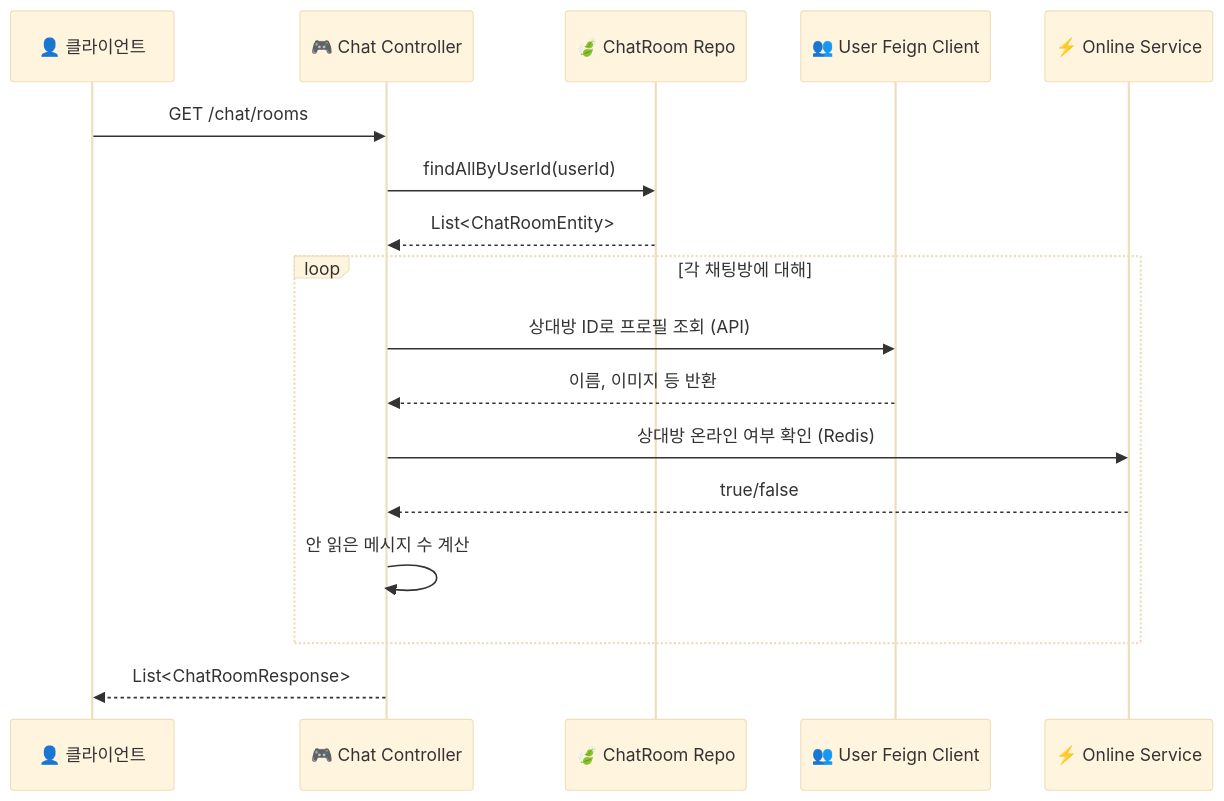
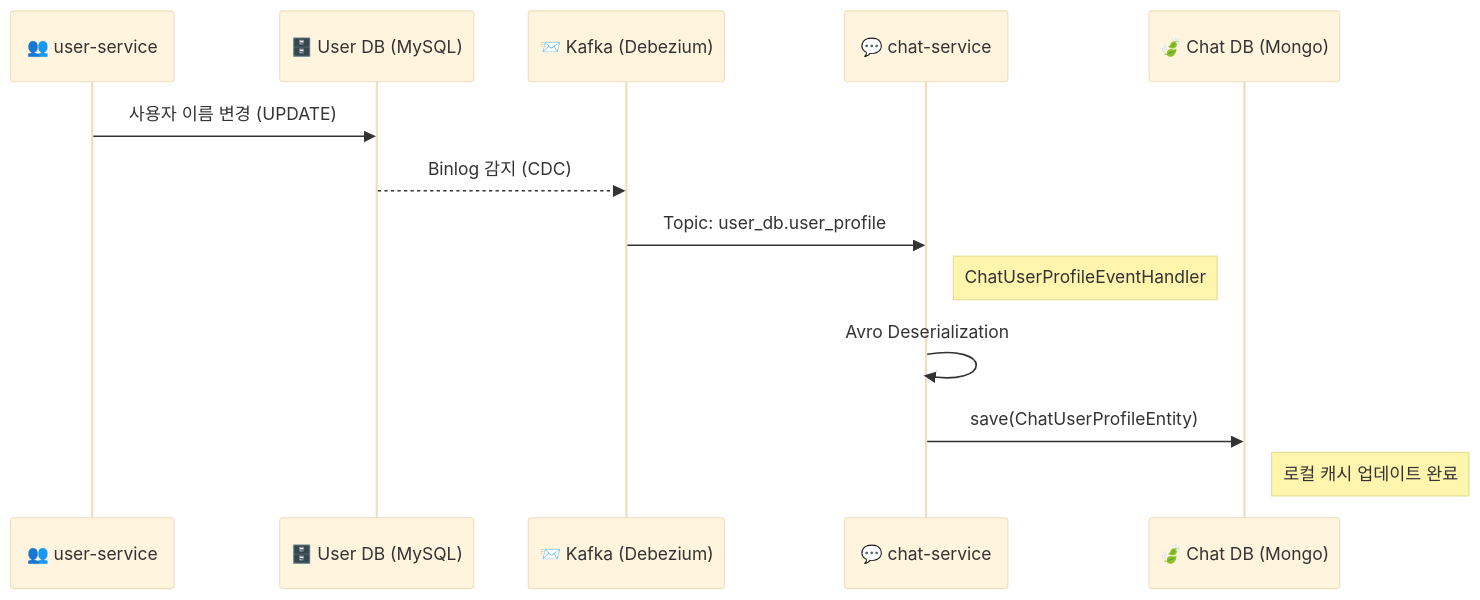
One commit to HeoJunHyoung/linkfolio-backend changed the third of 3 diagrams in docs/developer guide/CHAT_SERVICE.md. Above: the diagram before and after it, drawn with Mermaid (base theme). The commit also changed other lines of this file and 4 other files, not shown here.

````diff
--- a/docs/developer guide/CHAT_SERVICE.md
+++ b/docs/developer guide/CHAT_SERVICE.md
@@ -137,24 +163,17 @@
 ```mermaid
 sequenceDiagram
-    participant Client as 👤 클라이언트
-    participant ChatController as 🎮 Chat Controller
-    participant MongoRepo as 🍃 ChatRoom Repo
-    participant UserClient as 👥 User Feign Client
-    participant OnlineService as ⚡ Online Service
+    participant UserService as 👥 user-service
+    participant UserDB as 🗄️ User DB (MySQL)
+    participant Kafka as 📨 Kafka (Debezium)
+    participant ChatService as 💬 chat-service
+    participant ChatMongo as 🍃 Chat DB (Mongo)
+
+    UserService->>UserDB: 사용자 이름 변경 (UPDATE)
+    UserDB-->>Kafka: Binlog 감지 (CDC)
+    Kafka->>ChatService: Topic: user_db.user_profile
     
-    Client->>ChatController: GET /chat/rooms
-    ChatController->>MongoRepo: findAllByUserId(userId)
-    MongoRepo-->>ChatController: List<ChatRoomEntity>
-    
-    loop 각 채팅방에 대해
-        ChatController->>UserClient: 상대방 ID로 프로필 조회 (API)
-        UserClient-->>ChatController: 이름, 이미지 등 반환
-        
-        ChatController->>OnlineService: 상대방 온라인 여부 확인 (Redis)
-        OnlineService-->>ChatController: true/false
-        
-        ChatController->>ChatController: 안 읽은 메시지 수 계산
-    end
-    
-    ChatController-->>Client: List<ChatRoomResponse>
+    Note right of ChatService: ChatUserProfileEventHandler
+    ChatService->>ChatService: Avro Deserialization
+    ChatService->>ChatMongo: save(ChatUserProfileEntity)
+    Note right of ChatMongo: 로컬 캐시 업데이트 완료
 ```
````
